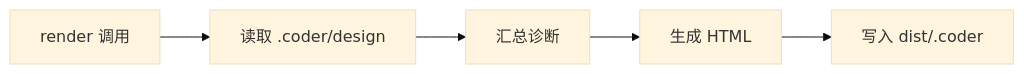
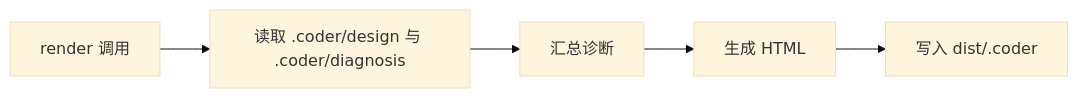
One commit to Cangjier/coder changed the ninth of 9 diagrams in .coder/design/flow.md. Above: the diagram before and after it, drawn with Mermaid (base theme). The commit also changed other lines of this file and 25 other files, not shown here.

````diff
--- a/.coder/design/flow.md
+++ b/.coder/design/flow.md
@@ -74,7 +93,7 @@
 ```mermaid
 flowchart LR
-  A[render 调用] --> B[读取 .coder/design]
+  A[render 调用] --> B[读取 .coder/design 与 .coder/diagnosis]
   B --> C[汇总诊断]
   C --> D[生成 HTML]
   D --> E[写入 dist/.coder]
 ```
````
